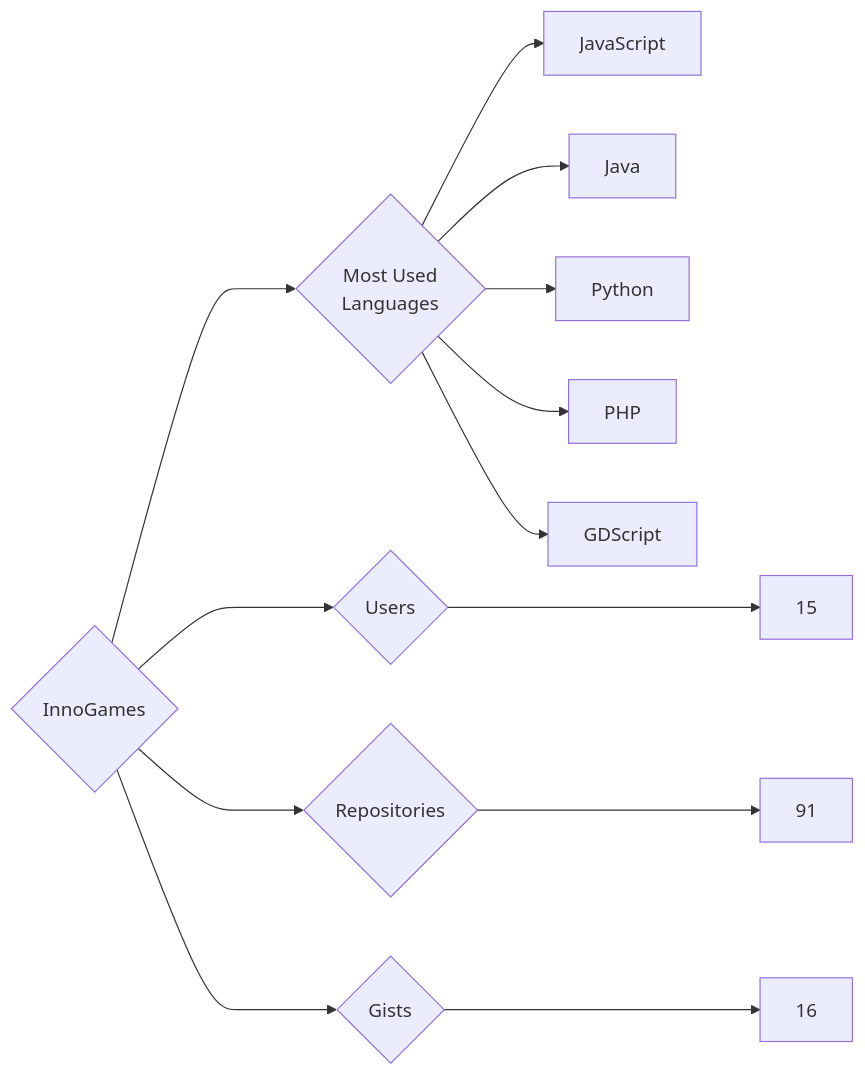
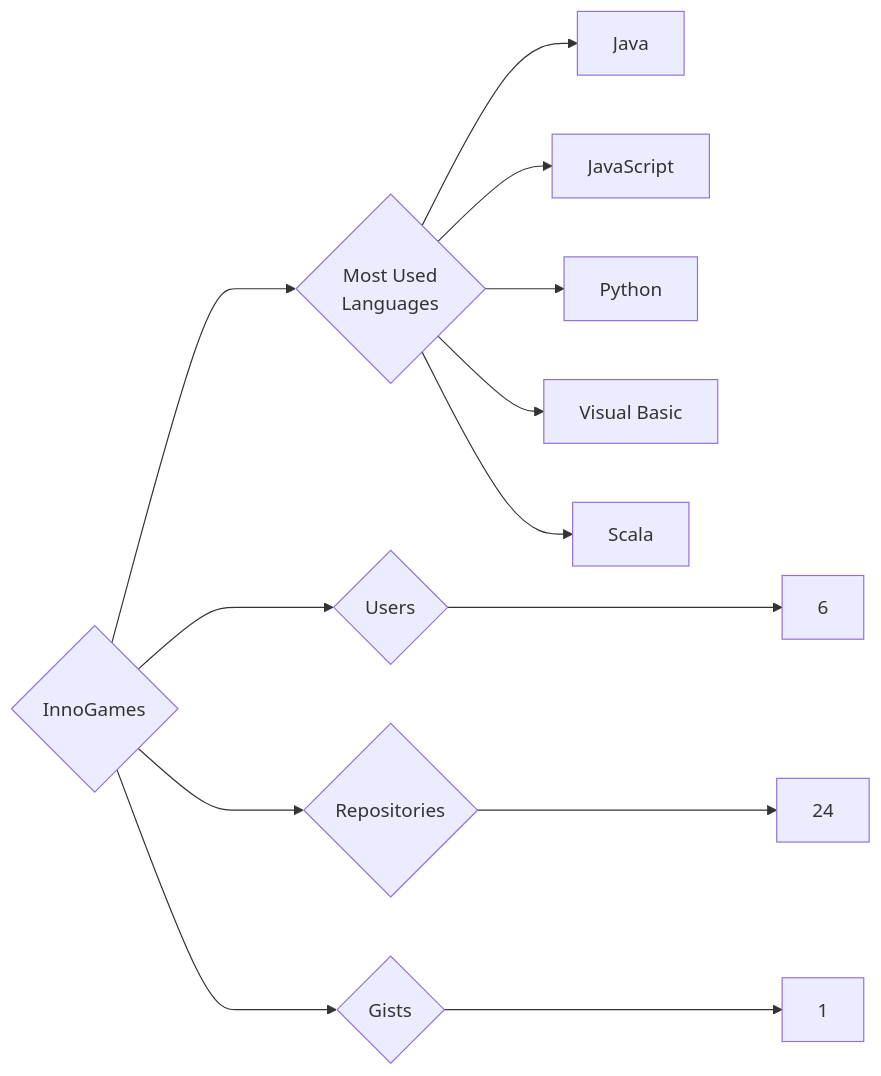
The diagram in targets/InnoGames/README.md (trickest/insiders), drawn with Mermaid before and after one commit. The commit also changed 934 other files, not shown here.

````diff
--- a/targets/InnoGames/README.md
+++ b/targets/InnoGames/README.md
@@ -3,13 +3,13 @@
 ```mermaid
 graph LR
 COMPANY_NAME{InnoGames}
-COMPANY_NAME ---> U{Users} ---> UN[15]
-COMPANY_NAME ---> R{Repositories} ---> RN[91]
-COMPANY_NAME ---> G{Gists} ---> GN[16]
+COMPANY_NAME ---> U{Users} ---> UN[6]
+COMPANY_NAME ---> R{Repositories} ---> RN[24]
+COMPANY_NAME ---> G{Gists} ---> GN[1]
 COMPANY_NAME ---> ML{Most Used<br>Languages}
+ML --> Java[Java]
 ML --> JavaScript[JavaScript]
-ML --> Java[Java]
 ML --> Python[Python]
-ML --> PHP[PHP]
-ML --> GDScript[GDScript]
+ML --> Visual_Basic[Visual Basic]
+ML --> Scala[Scala]
 ```
````
